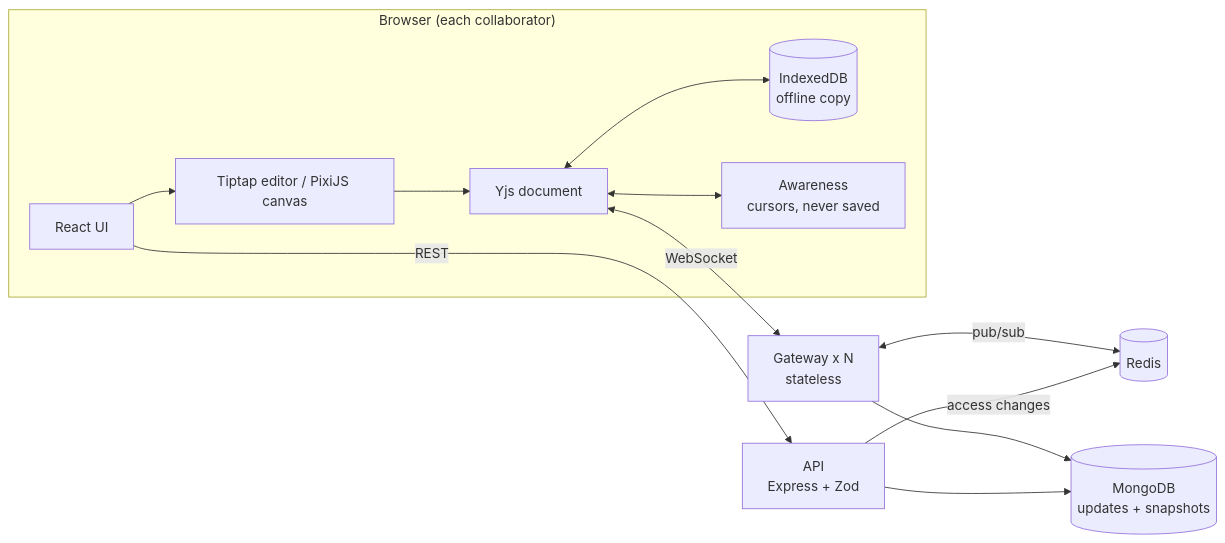
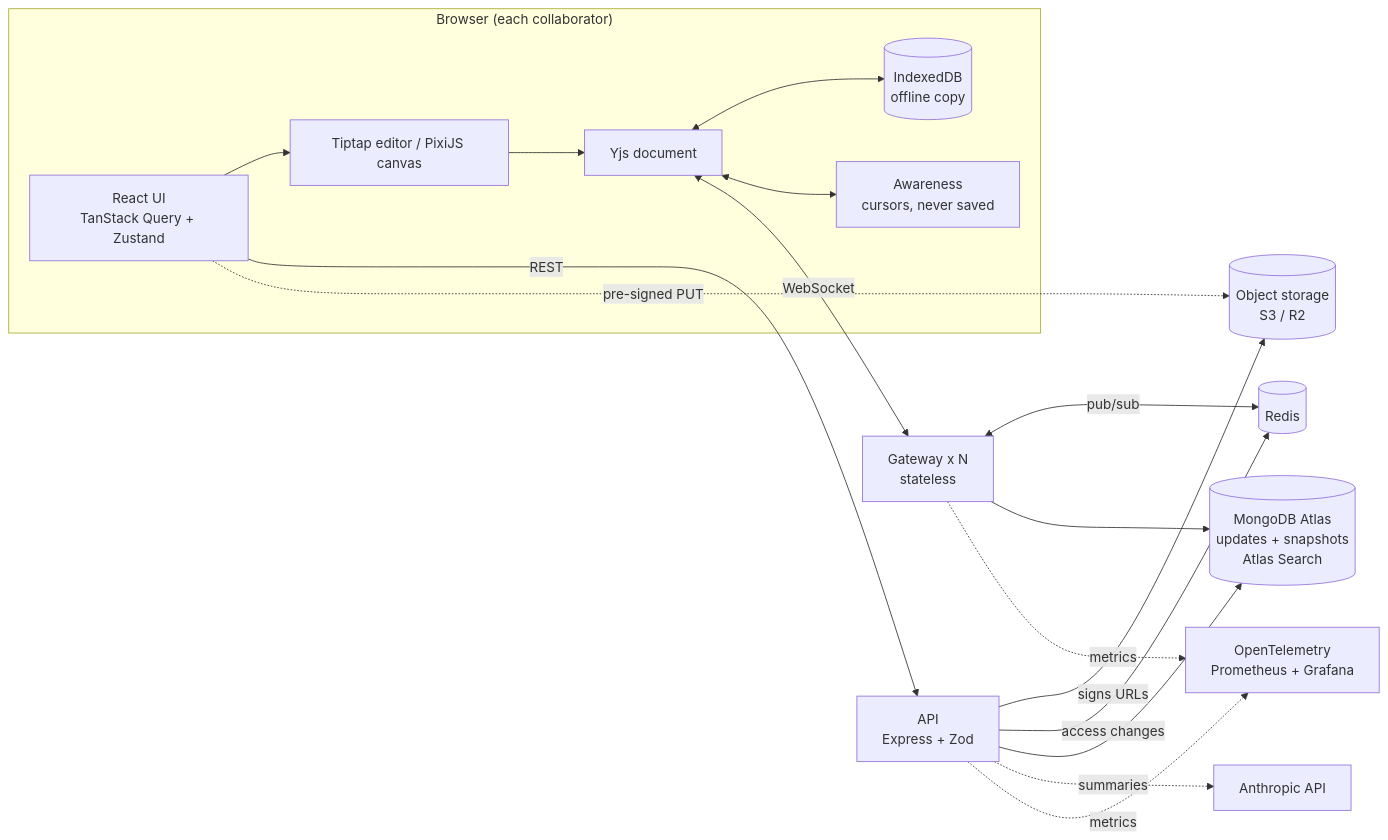
Before and after one commit to yashwanthvarma74-ai/synapse: the diagram in README.md, drawn with Mermaid. The commit also changed other lines of this file and 5 other files, not shown here.

````diff
--- a/README.md
+++ b/README.md
@@ -39,15 +42,19 @@
 ```mermaid
 flowchart LR
   subgraph Browser["Browser (each collaborator)"]
-    UI["React UI"] --> ED["Tiptap editor / PixiJS canvas"]
+    UI["React UI<br/>TanStack Query + Zustand"] --> ED["Tiptap editor / PixiJS canvas"]
     ED --> YD["Yjs document"]
     YD <--> IDB[("IndexedDB<br/>offline copy")]
     YD <--> AW["Awareness<br/>cursors, never saved"]
   end
   YD <-->|"WebSocket"| GW["Gateway x N<br/>stateless"]
   UI -->|"REST"| API["API<br/>Express + Zod"]
+  UI -.->|"pre-signed PUT"| S3[("Object storage<br/>S3 / R2")]
+  API -->|"signs URLs"| S3
   GW <-->|"pub/sub"| RD[("Redis")]
   API -->|"access changes"| RD
-  GW --> MG[("MongoDB<br/>updates + snapshots")]
+  GW --> MG[("MongoDB Atlas<br/>updates + snapshots<br/>Atlas Search")]
   API --> MG
+  API -.->|"summaries"| AI["Anthropic API"]
+  GW & API -.->|"metrics"| OT["OpenTelemetry<br/>Prometheus + Grafana"]
 ```
````
